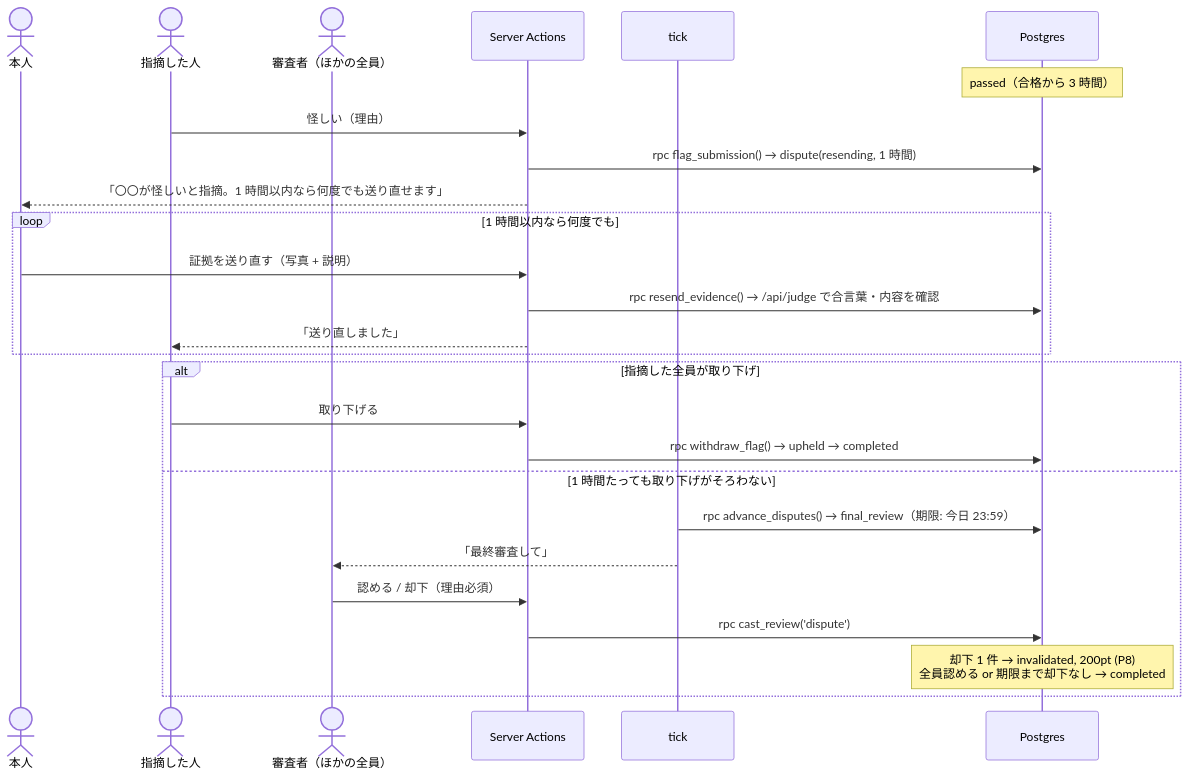
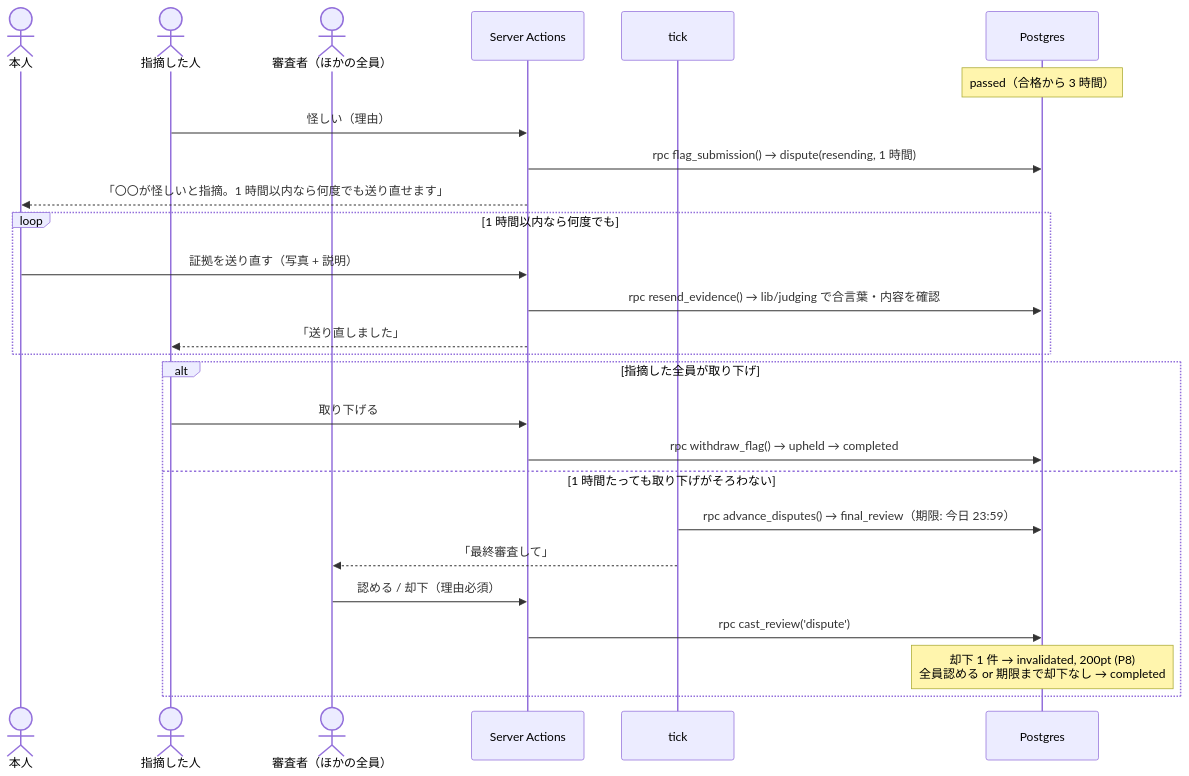
The fourth of 6 diagrams in docs/architecture.md (ashilal1/force-study-app), drawn with Mermaid before and after one commit. The commit also changed other lines of this file and 22 other files, not shown here.

````diff
--- a/docs/architecture.md
+++ b/docs/architecture.md
@@ -111,28 +111,28 @@
 ```mermaid
 sequenceDiagram
     actor U as 本人
     actor F as 指摘した人
     actor M as 審査者（ほかの全員）
     participant SA as Server Actions
     participant T as tick
     participant DB as Postgres
     Note over DB: passed（合格から 3 時間）
     F->>SA: 怪しい（理由）
     SA->>DB: rpc flag_submission() → dispute(resending, 1 時間)
     SA-->>U: 「〇〇が怪しいと指摘。1 時間以内なら何度でも送り直せます」
     loop 1 時間以内なら何度でも
         U->>SA: 証拠を送り直す（写真 + 説明）
-        SA->>DB: rpc resend_evidence() → /api/judge で合言葉・内容を確認
+        SA->>DB: rpc resend_evidence() → lib/judging で合言葉・内容を確認
         SA-->>F: 「送り直しました」
     end
     alt 指摘した全員が取り下げ
         F->>SA: 取り下げる
         SA->>DB: rpc withdraw_flag() → upheld → completed
     else 1 時間たっても取り下げがそろわない
         T->>DB: rpc advance_disputes() → final_review（期限: 今日 23:59）
         T-->>M: 「最終審査して」
         M->>SA: 認める / 却下（理由必須）
         SA->>DB: rpc cast_review('dispute')
         Note over DB: 却下 1 件 → invalidated, 200pt (P8)<br/>全員認める or 期限まで却下なし → completed
     end
 ```
````
